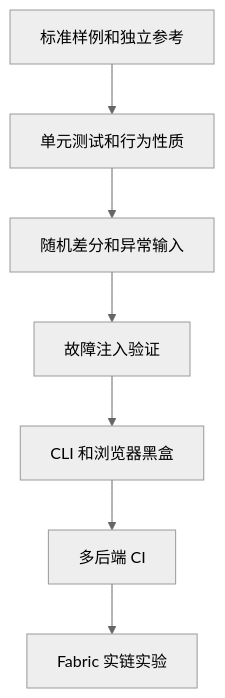
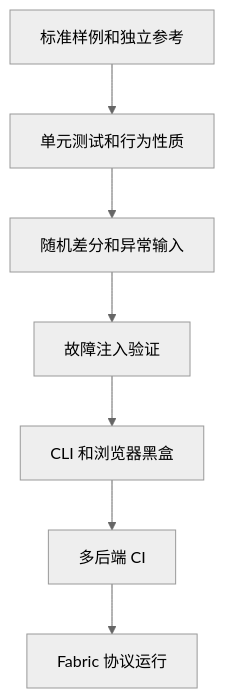
Before and after one commit to wenlittle/MoonEvidence: the fifth of 5 diagrams in docs/report/DEVELOPMENT_REPORT.md, drawn with Mermaid. The commit also changed other lines of this file and 19 other files, not shown here.

````diff
--- a/docs/report/DEVELOPMENT_REPORT.md
+++ b/docs/report/DEVELOPMENT_REPORT.md
@@ -295,10 +295,10 @@
 ```mermaid
 %%{init: {"theme": "neutral"}}%%
 flowchart TB
     A["标准样例和独立参考"] --> B["单元测试和行为性质"]
     B --> C["随机差分和异常输入"]
     C --> D["故障注入验证"]
     D --> E["CLI 和浏览器黑盒"]
     E --> F["多后端 CI"]
-    F --> G["Fabric 实链实验"]
+    F --> G["Fabric 协议运行"]
 ```
````
